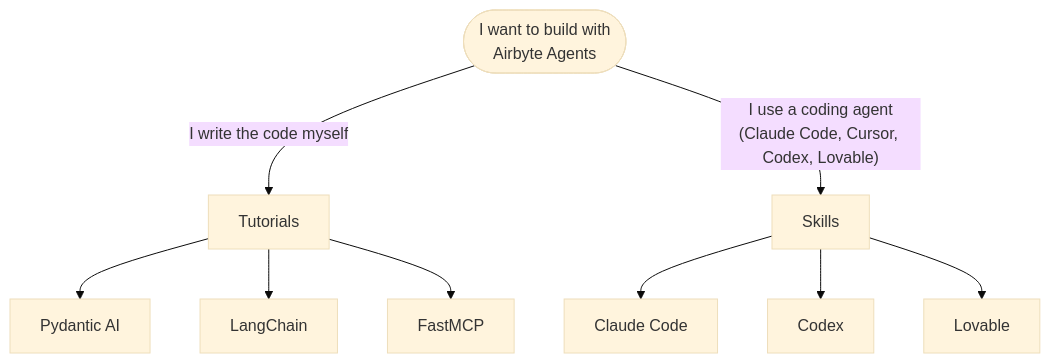
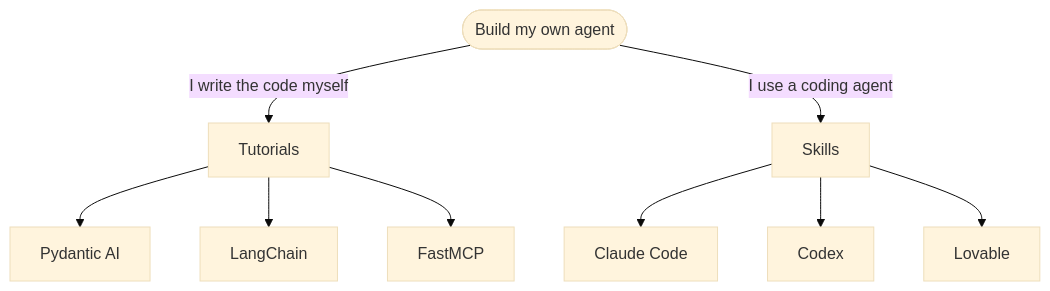
The diagram in docs/ai-agents/get-started/developer-quickstart/readme.md (youngd-lunit/airbyte), drawn with Mermaid (base theme) before and after one commit. The commit also changed other lines of this file and 10 other files, not shown here.

````diff
--- a/docs/ai-agents/get-started/developer-quickstart/readme.md
+++ b/docs/ai-agents/get-started/developer-quickstart/readme.md
@@ -11,14 +10,14 @@
 ```mermaid
 flowchart TD
-    START(["I want to build with<br/>Airbyte Agents"])
+    START(["Build my own agent"])
     START -->|"I write the code myself"| TUT["Tutorials"]
-    START -->|"I use a coding agent<br/>(Claude Code, Cursor, Codex, Lovable)"| SKILL["Skills"]
+    START -->|"I use a coding agent"| SKILL["Skills"]
 
     TUT --> T1["Pydantic AI"]
     TUT --> T2["LangChain"]
     TUT --> T3["FastMCP"]
 
     SKILL --> S1["Claude Code"]
     SKILL --> S2["Codex"]
     SKILL --> S3["Lovable"]
 ```
````
